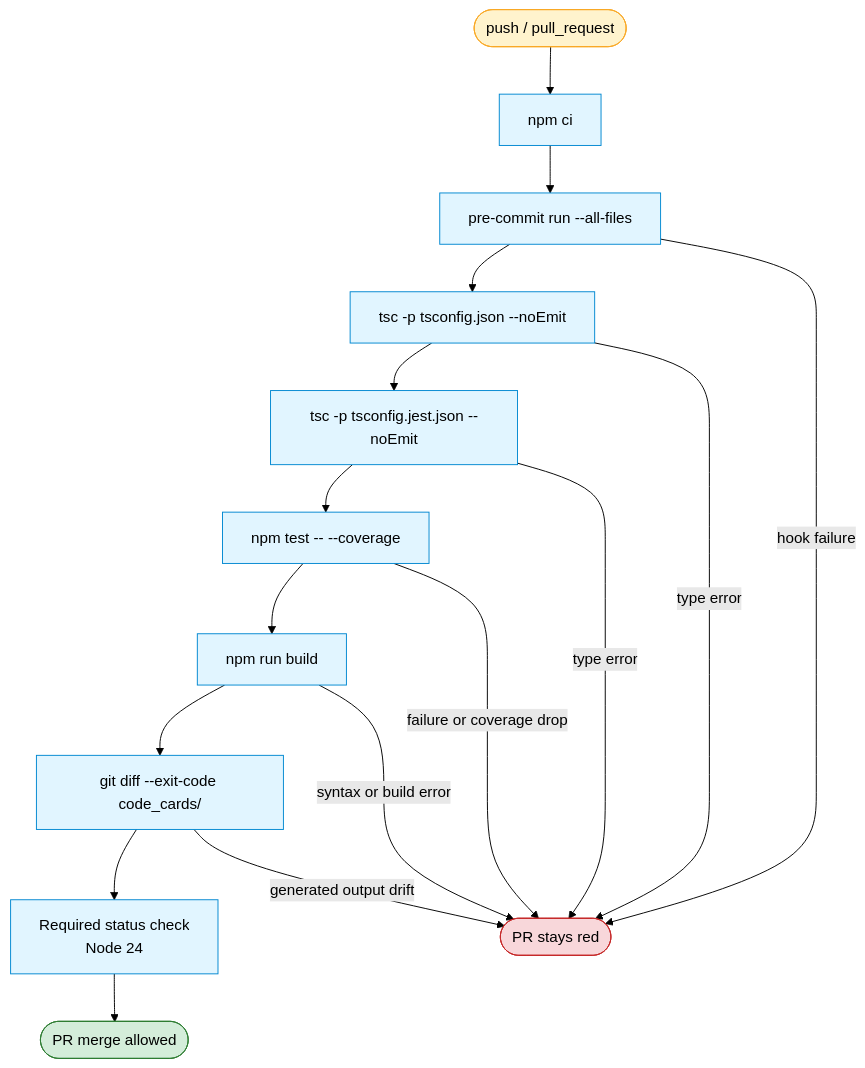
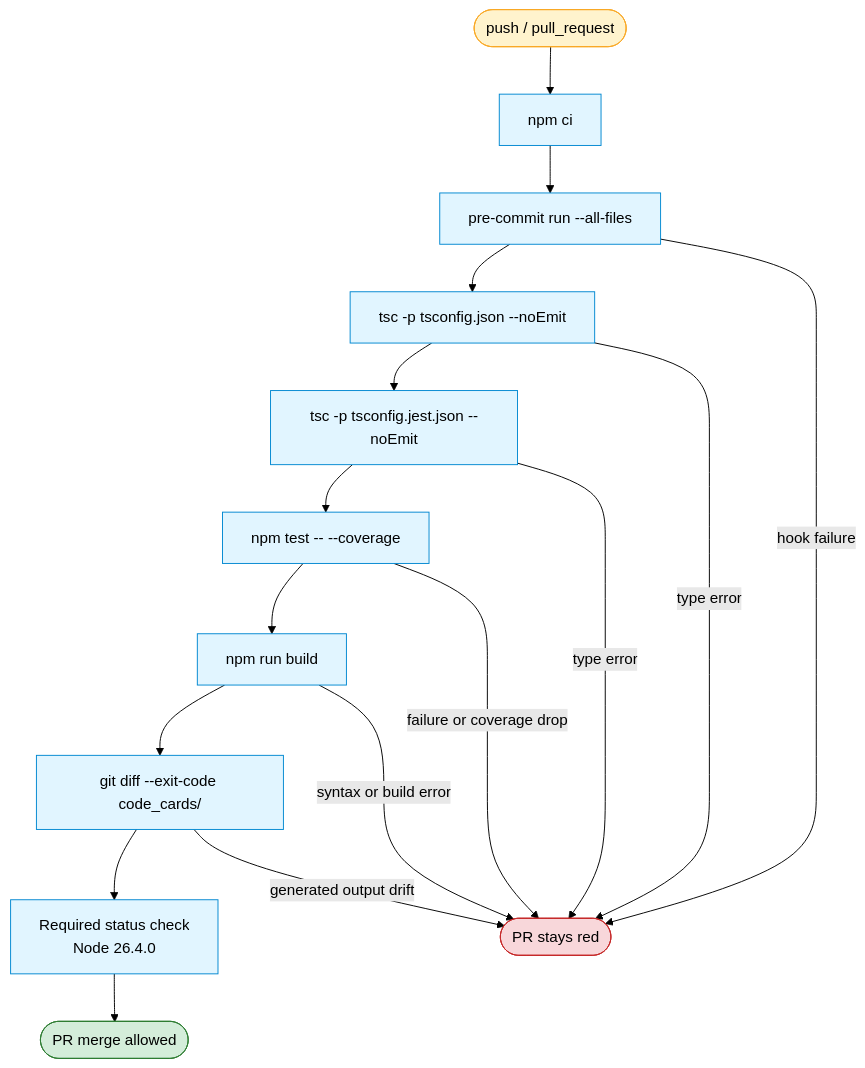
Before and after one commit to muhsinali/anki_templates: the second of 2 diagrams in documentation/architecture-diagrams/07-test-and-ci.md, drawn with Mermaid (forest theme). The commit also changed other lines of this file and 9 other files, not shown here.

````diff
--- a/documentation/architecture-diagrams/07-test-and-ci.md
+++ b/documentation/architecture-diagrams/07-test-and-ci.md
@@ -83,44 +83,44 @@
 ```mermaid
 flowchart TB
     trigger(["push / pull_request"])
     install["npm ci"]
     precommit["pre-commit run --all-files"]
     typecheck_src["tsc -p tsconfig.json --noEmit"]
     typecheck_tests["tsc -p tsconfig.jest.json --noEmit"]
     tests["npm test -- --coverage"]
     build["npm run build"]
     drift["git diff --exit-code code_cards/"]
-    required_check["Required status check<br/>Node 24"]
+    required_check["Required status check<br/>Node 26.4.0"]
     merge_allowed(["PR merge allowed"])
     red_status(["PR stays red"])
 
     %% Main CI path.
     trigger --> install
     install --> precommit
     precommit --> typecheck_src
     typecheck_src --> typecheck_tests
     typecheck_tests --> tests
     tests --> build
     build --> drift
     drift --> required_check
     required_check --> merge_allowed
 
     %% Any gate failure blocks the required check.
     precommit -->|hook failure| red_status
     typecheck_src -->|type error| red_status
     typecheck_tests -->|type error| red_status
     tests -->|failure or coverage drop| red_status
     build -->|syntax or build error| red_status
     drift -->|generated output drift| red_status
 
     classDef entry fill:#fff3cd,stroke:#f9a825,color:#000;
     classDef process fill:#e1f5ff,stroke:#0288d1,color:#000;
     classDef ok fill:#d4edda,stroke:#2e7d32,color:#000;
     classDef bad fill:#f8d7da,stroke:#c62828,color:#000;
 
     class trigger entry;
     class install,precommit,typecheck_src,typecheck_tests process;
     class tests,build,drift,required_check process;
     class merge_allowed ok;
     class red_status bad;
 ```
````
